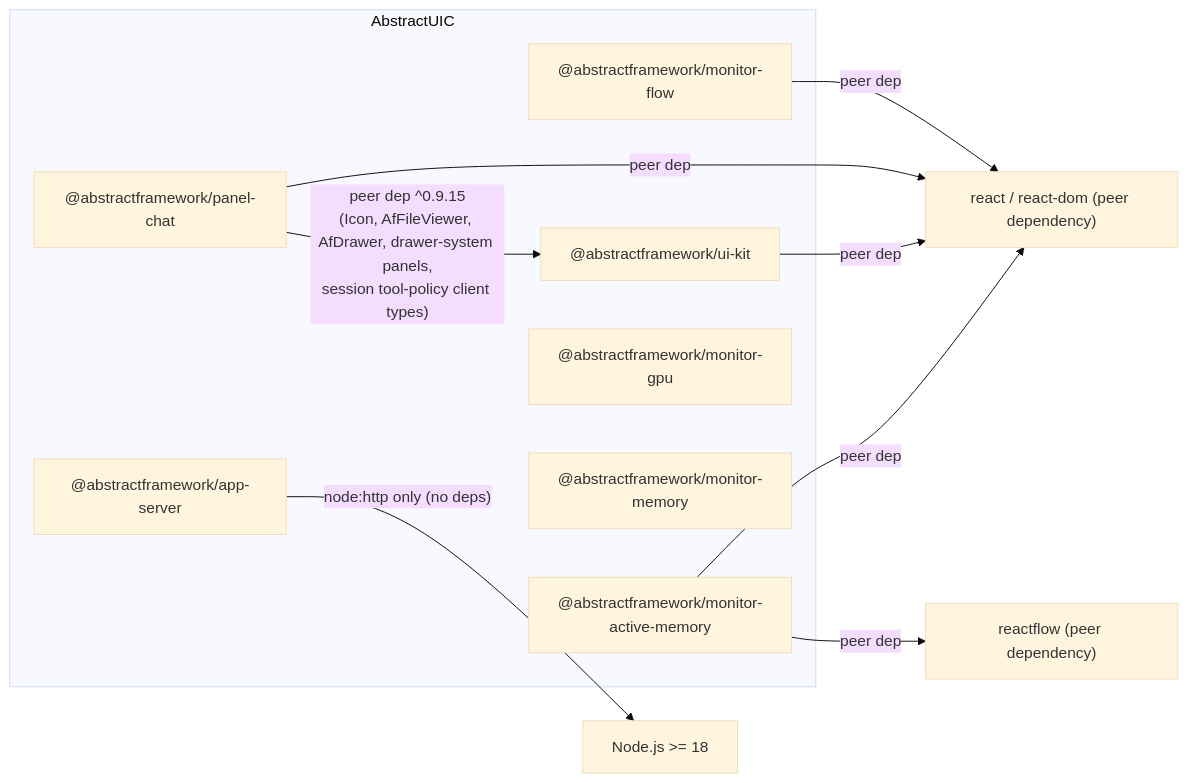
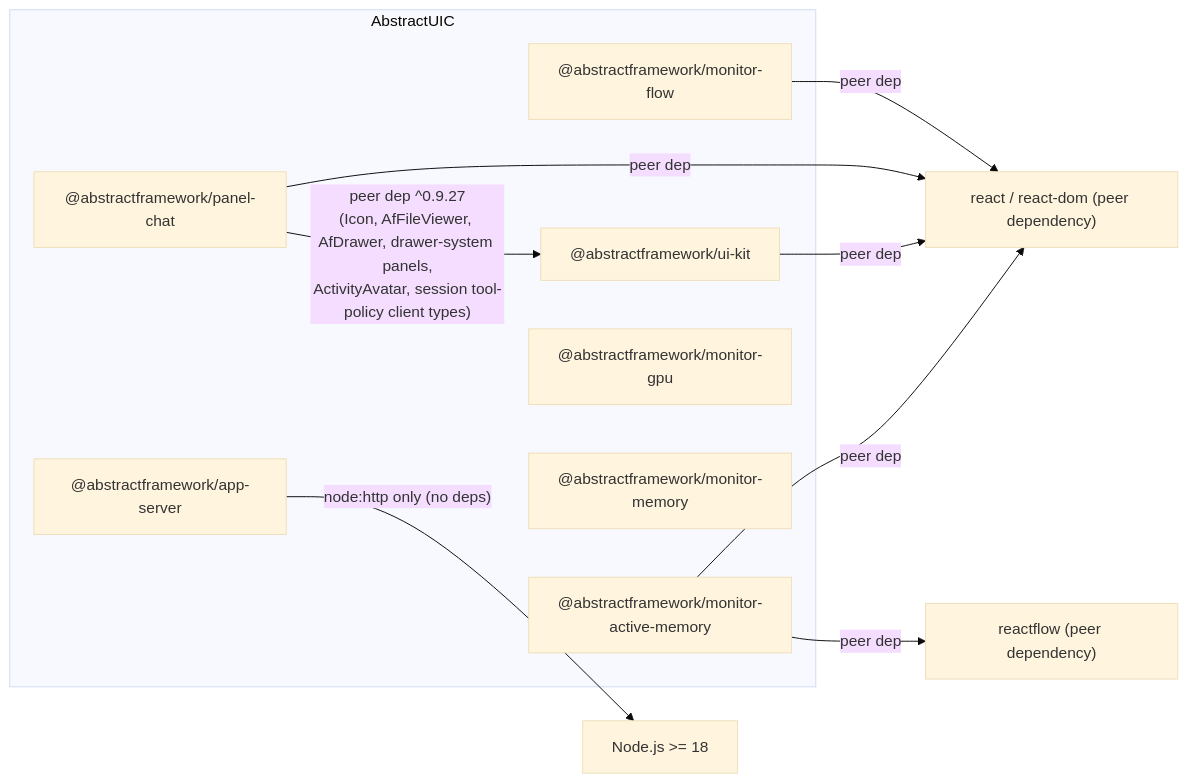
One commit to lpalbou/AbstractUIC changed the second of 12 diagrams in docs/architecture.md. Above: the diagram before and after it, drawn with Mermaid (base theme). The commit also changed other lines of this file and 12 other files, not shown here.

````diff
--- a/docs/architecture.md
+++ b/docs/architecture.md
@@ -73,20 +73,20 @@
 ```mermaid
 flowchart LR
   subgraph AbstractUIC
     UIKIT["@abstractframework/ui-kit"]
     CHAT["@abstractframework/panel-chat"]
     APPSRV["@abstractframework/app-server"]
     FLOW["@abstractframework/monitor-flow"]
     AMX["@abstractframework/monitor-active-memory"]
     GPU["@abstractframework/monitor-gpu"]
     MEM["@abstractframework/monitor-memory"]
   end
 
-  CHAT -->|"peer dep ^0.9.15<br/>(Icon, AfFileViewer, AfDrawer, drawer-system panels,<br/>session tool-policy client types)"| UIKIT
+  CHAT -->|"peer dep ^0.9.27<br/>(Icon, AfFileViewer, AfDrawer, drawer-system panels,<br/>ActivityAvatar, session tool-policy client types)"| UIKIT
   AMX -->|"peer dep"| ReactFlow["reactflow (peer dependency)"]
   FLOW -->|"peer dep"| React["react / react-dom (peer dependency)"]
   CHAT -->|"peer dep"| React
   UIKIT -->|"peer dep"| React
   AMX -->|"peer dep"| React
   APPSRV -->|"node:http only (no deps)"| Node["Node.js >= 18"]
 ```
````
